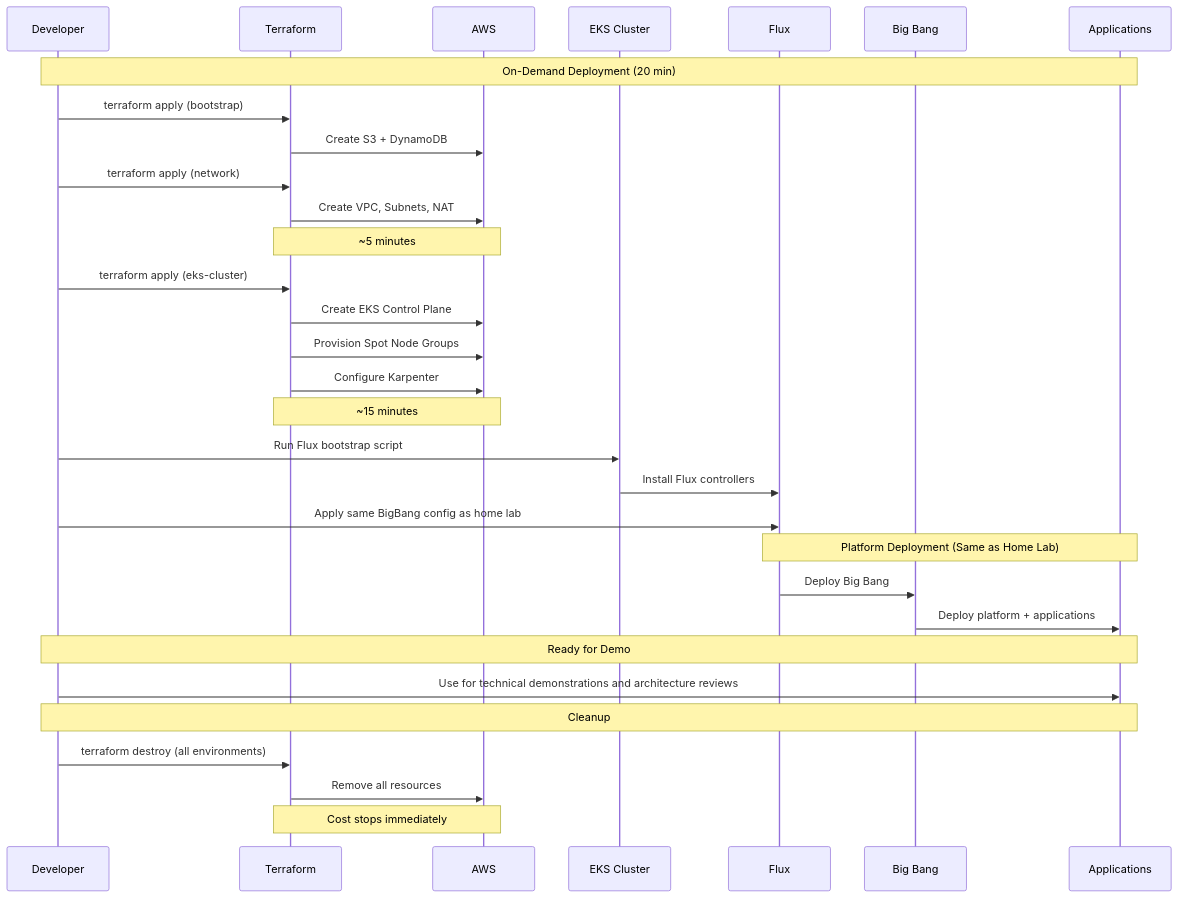
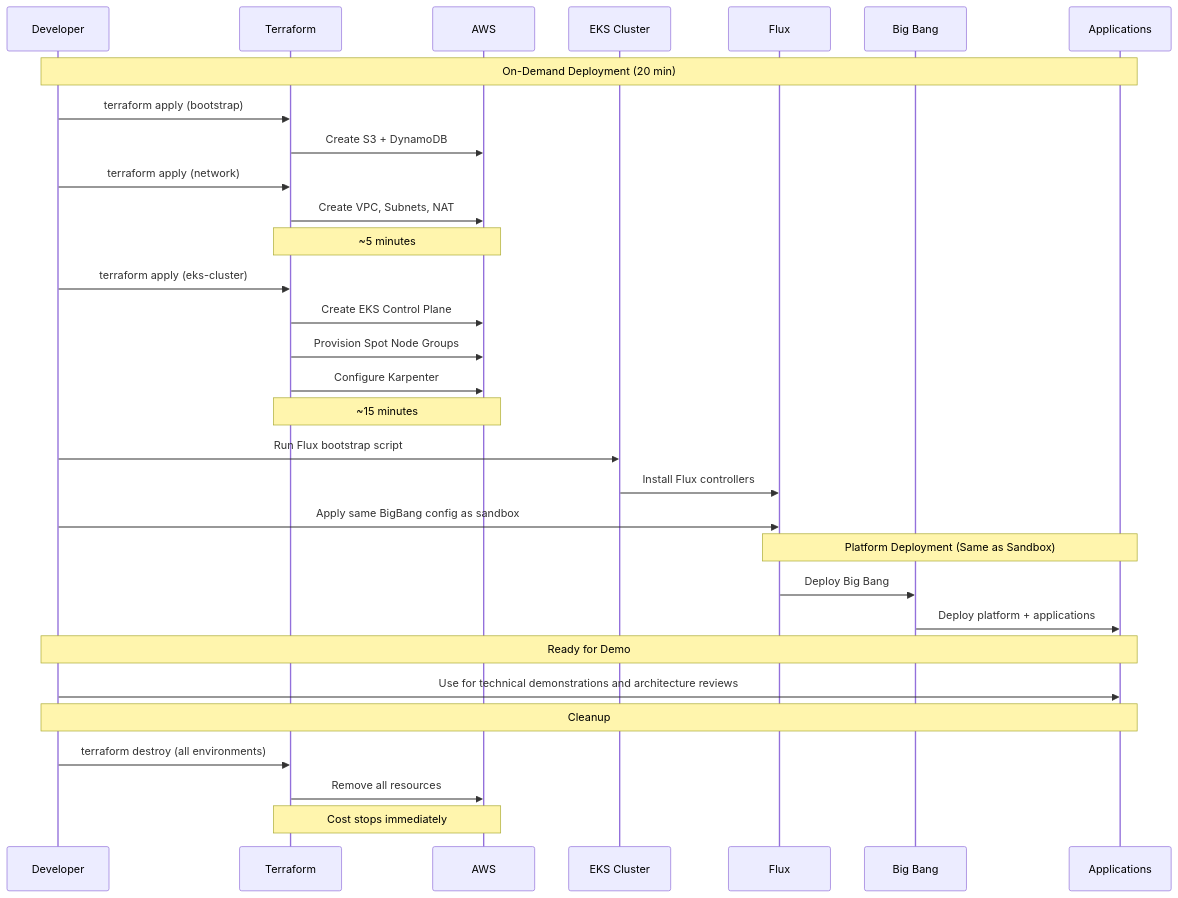
One commit to zavestudios/zavestudios changed the fourth of 5 diagrams in README.md. Above: the diagram before and after it, drawn with Mermaid. The commit also changed other lines of this file, not shown here.

````diff
--- a/README.md
+++ b/README.md
@@ -399,45 +399,45 @@
 ```mermaid
 sequenceDiagram
     participant Dev as Developer
     participant TF as Terraform
     participant AWS as AWS
     participant EKS as EKS Cluster
     participant Flux as Flux
     participant BB as Big Bang
     participant Apps as Applications
 
     Note over Dev,Apps: On-Demand Deployment (20 min)
     
     Dev->>TF: terraform apply (bootstrap)
     TF->>AWS: Create S3 + DynamoDB
     
     Dev->>TF: terraform apply (network)
     TF->>AWS: Create VPC, Subnets, NAT
     Note over TF,AWS: ~5 minutes
     
     Dev->>TF: terraform apply (eks-cluster)
     TF->>AWS: Create EKS Control Plane
     TF->>AWS: Provision Spot Node Groups
     TF->>AWS: Configure Karpenter
     Note over TF,AWS: ~15 minutes
     
     Dev->>EKS: Run Flux bootstrap script
     EKS->>Flux: Install Flux controllers
     
-    Dev->>Flux: Apply same BigBang config as home lab
+    Dev->>Flux: Apply same BigBang config as sandbox
     
-    Note over Flux,Apps: Platform Deployment (Same as Home Lab)
+    Note over Flux,Apps: Platform Deployment (Same as Sandbox)
     
     Flux->>BB: Deploy Big Bang
     BB->>Apps: Deploy platform + applications
     
     Note over Dev,Apps: Ready for Demo
     
     Dev->>Apps: Use for technical demonstrations and architecture reviews
     
     Note over Dev,Apps: Cleanup
     
     Dev->>TF: terraform destroy (all environments)
     TF->>AWS: Remove all resources
     Note over TF,AWS: Cost stops immediately
 ```
````
